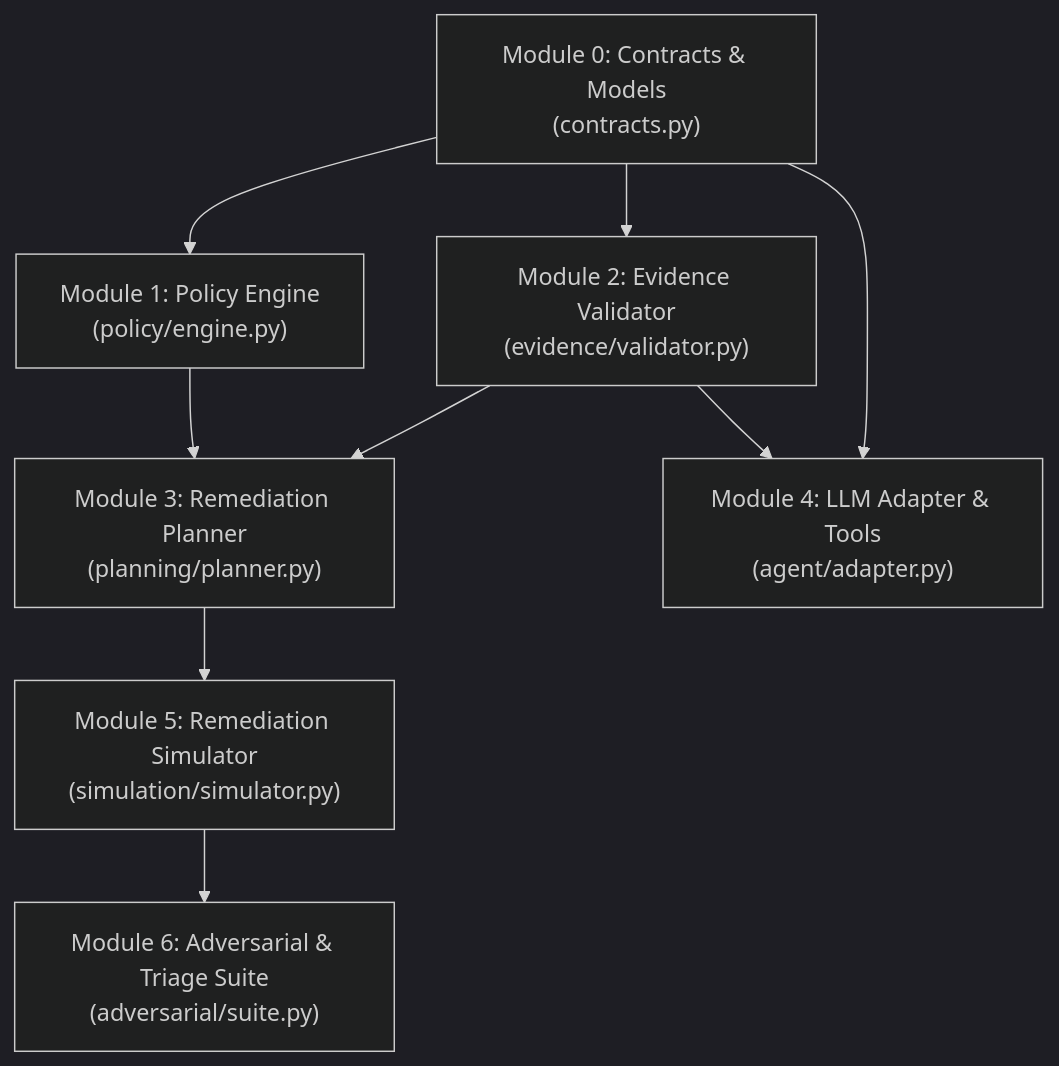
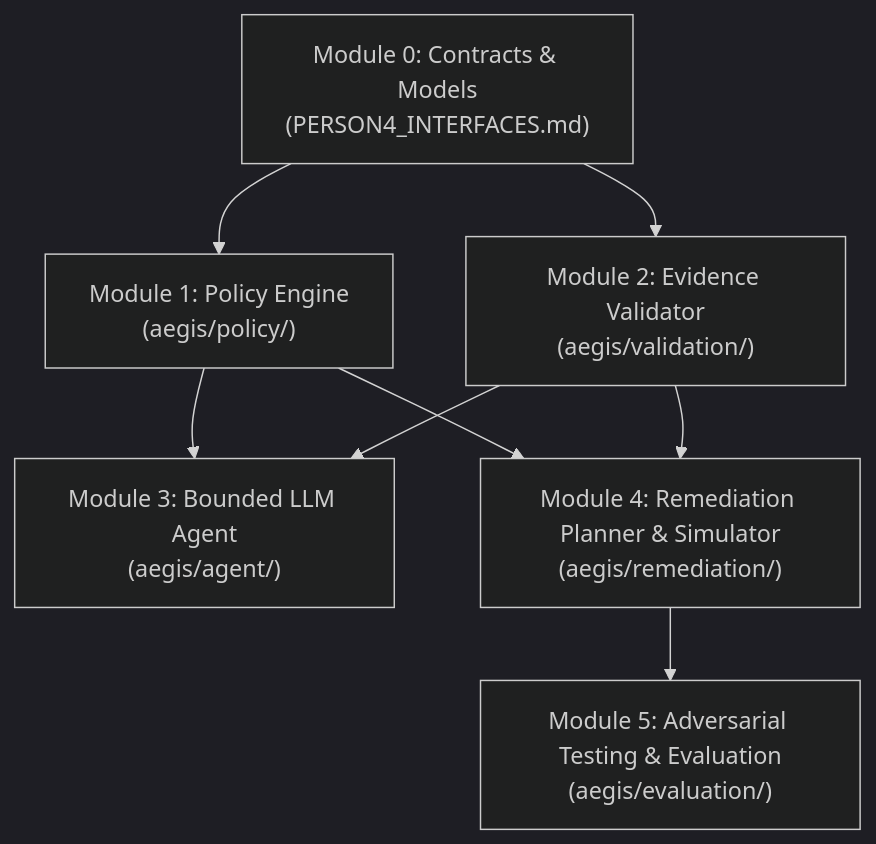
Before and after one commit to Gargi-66/Neural-Nomads-GHOST-DATA-STILL-EXISTS-: the diagram in code/PERSON4_MODULE_DEPENDENCIES.md, drawn with Mermaid (dark theme). The commit also changed other lines of this file and 9 other files, not shown here.

````diff
--- a/code/PERSON4_MODULE_DEPENDENCIES.md
+++ b/code/PERSON4_MODULE_DEPENDENCIES.md
@@ -11,11 +11,10 @@
 ```mermaid
 flowchart TD
-    M0["Module 0: Contracts & Models<br/>(contracts.py)"] --> M1["Module 1: Policy Engine<br/>(policy/engine.py)"]
-    M0 --> M2["Module 2: Evidence Validator<br/>(evidence/validator.py)"]
-    M1 --> M3["Module 3: Remediation Planner<br/>(planning/planner.py)"]
+    M0["Module 0: Contracts & Models<br/>(PERSON4_INTERFACES.md)"] --> M1["Module 1: Policy Engine<br/>(aegis/policy/)"]
+    M0 --> M2["Module 2: Evidence Validator<br/>(aegis/validation/)"]
+    M1 --> M3["Module 3: Bounded LLM Agent<br/>(aegis/agent/)"]
     M2 --> M3
-    M0 --> M4["Module 4: LLM Adapter & Tools<br/>(agent/adapter.py)"]
+    M1 --> M4["Module 4: Remediation Planner & Simulator<br/>(aegis/remediation/)"]
     M2 --> M4
-    M3 --> M5["Module 5: Remediation Simulator<br/>(simulation/simulator.py)"]
-    M5 --> M6["Module 6: Adversarial & Triage Suite<br/>(adversarial/suite.py)"]
+    M4 --> M5["Module 5: Adversarial Testing & Evaluation<br/>(aegis/evaluation/)"]
 ```
````
